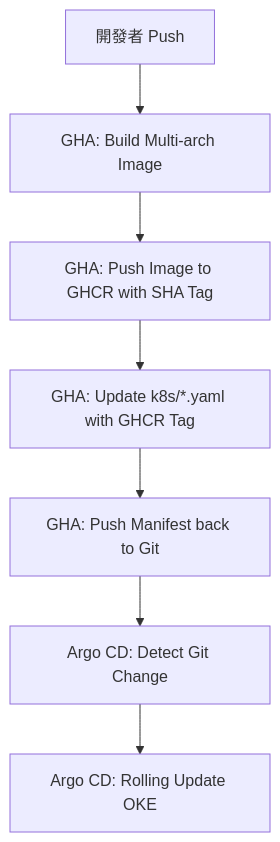
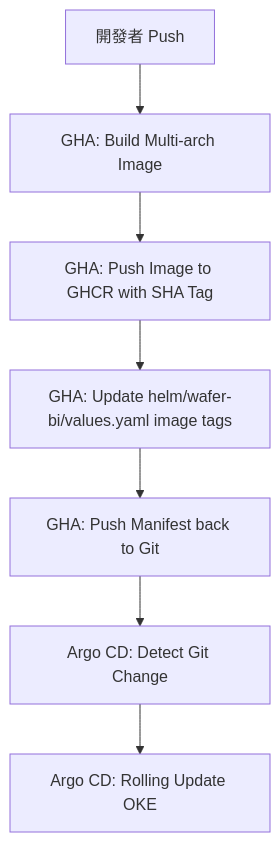
The diagram in docs/function-tech/deployment-sop.md (DarkSchneider1024/wafer-bi), drawn with Mermaid before and after one commit. The commit also changed other lines of this file and 2 other files, not shown here.

````diff
--- a/docs/function-tech/deployment-sop.md
+++ b/docs/function-tech/deployment-sop.md
@@ -43,9 +43,9 @@
 ```mermaid
 graph TD
     A[開發者 Push] --> B[GHA: Build Multi-arch Image]
     B --> C[GHA: Push Image to GHCR with SHA Tag]
-    C --> D[GHA: Update k8s/*.yaml with GHCR Tag]
+    C --> D[GHA: Update helm/wafer-bi/values.yaml image tags]
     D --> E[GHA: Push Manifest back to Git]
     E --> F[Argo CD: Detect Git Change]
     F --> G[Argo CD: Rolling Update OKE]
 ```
````
